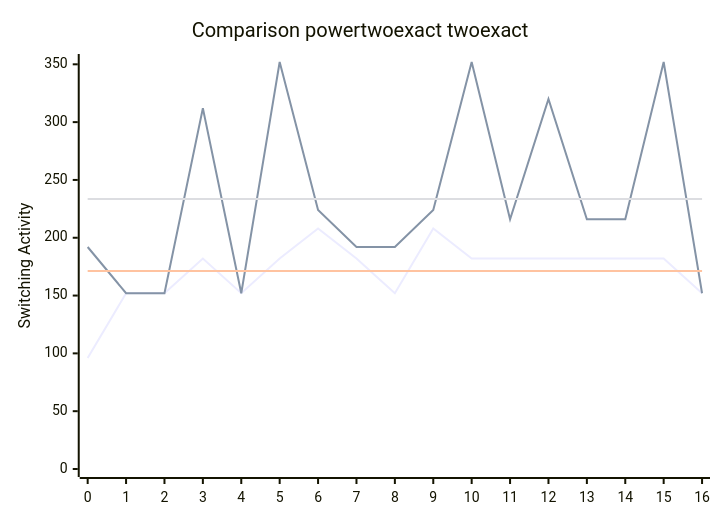
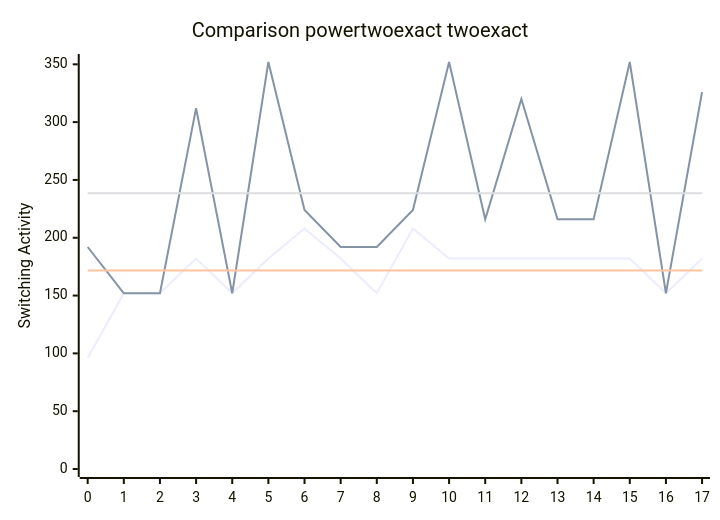
The diagram in benchmark.md (FeldmeierMichael/Exact-Power-Synthesis), drawn with Mermaid before and after one commit. The commit also changed other lines of this file and 2 other files, not shown here.

````diff
--- a/benchmark.md
+++ b/benchmark.md
@@ -37,10 +39,10 @@
 ```mermaid
 xychart-beta
     title "Comparison powertwoexact twoexact"
-    x-axis [0, 1, 2, 3, 4, 5, 6, 7, 8, 9, 10, 11, 12, 13, 14, 15, 16]
+    x-axis [0, 1, 2, 3, 4, 5, 6, 7, 8, 9, 10, 11, 12, 13, 14, 15, 16, 17]
     y-axis "Switching Activity" 0-->352
-    line [96, 152, 152, 182, 152, 182, 208, 182, 152, 208, 182, 182, 182, 182, 182, 182, 152]
-    line [192, 152, 152, 312, 152, 352, 224, 192, 192, 224, 352, 216, 320, 216, 216, 352, 152]
-    line [171.1764705882353, 171.1764705882353, 171.1764705882353, 171.1764705882353, 171.1764705882353, 171.1764705882353, 171.1764705882353, 171.1764705882353, 171.1764705882353, 171.1764705882353, 171.1764705882353, 171.1764705882353, 171.1764705882353, 171.1764705882353, 171.1764705882353, 171.1764705882353, 171.1764705882353]
-    line [233.41176470588235, 233.41176470588235, 233.41176470588235, 233.41176470588235, 233.41176470588235, 233.41176470588235, 233.41176470588235, 233.41176470588235, 233.41176470588235, 233.41176470588235, 233.41176470588235, 233.41176470588235, 233.41176470588235, 233.41176470588235, 233.41176470588235, 233.41176470588235, 233.41176470588235]
+    line [96, 152, 152, 182, 152, 182, 208, 182, 152, 208, 182, 182, 182, 182, 182, 182, 152, 182]
+    line [192, 152, 152, 312, 152, 352, 224, 192, 192, 224, 352, 216, 320, 216, 216, 352, 152, 326]
+    line [171.77777777777777, 171.77777777777777, 171.77777777777777, 171.77777777777777, 171.77777777777777, 171.77777777777777, 171.77777777777777, 171.77777777777777, 171.77777777777777, 171.77777777777777, 171.77777777777777, 171.77777777777777, 171.77777777777777, 171.77777777777777, 171.77777777777777, 171.77777777777777, 171.77777777777777, 171.77777777777777]
+    line [238.55555555555554, 238.55555555555554, 238.55555555555554, 238.55555555555554, 238.55555555555554, 238.55555555555554, 238.55555555555554, 238.55555555555554, 238.55555555555554, 238.55555555555554, 238.55555555555554, 238.55555555555554, 238.55555555555554, 238.55555555555554, 238.55555555555554, 238.55555555555554, 238.55555555555554, 238.55555555555554]
 ```
````
